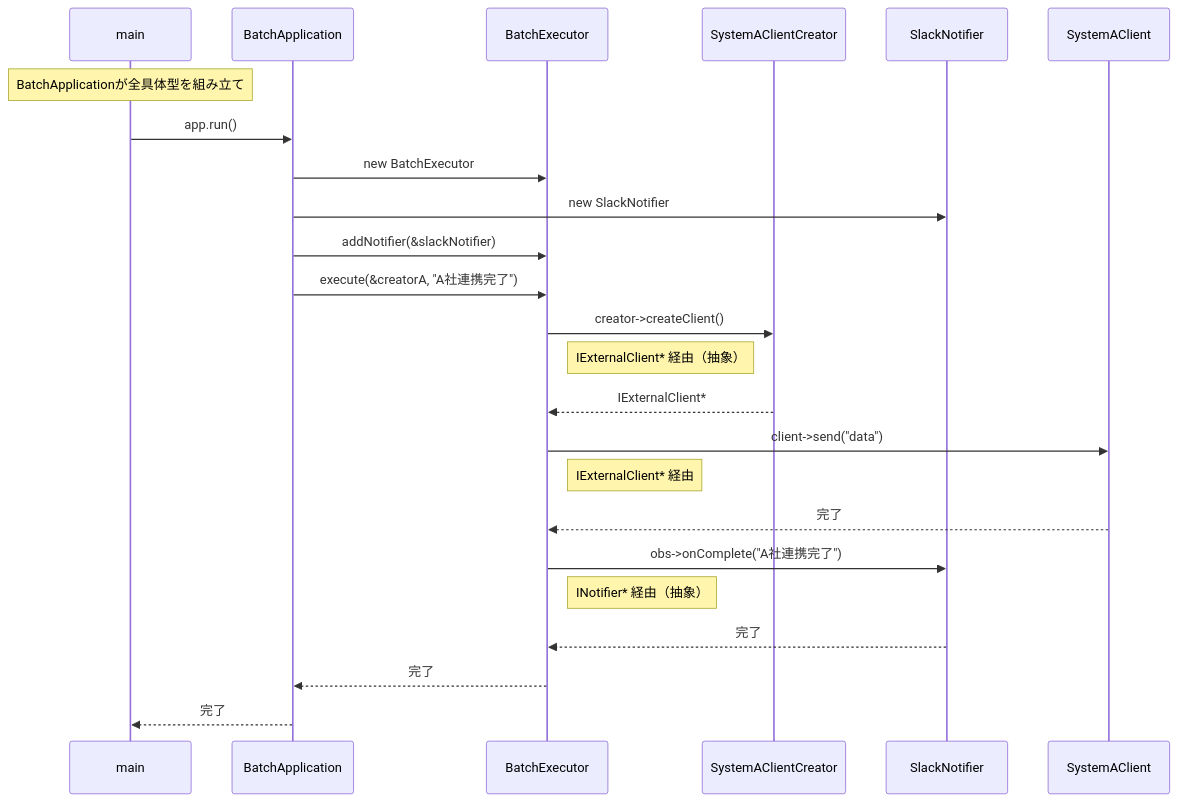
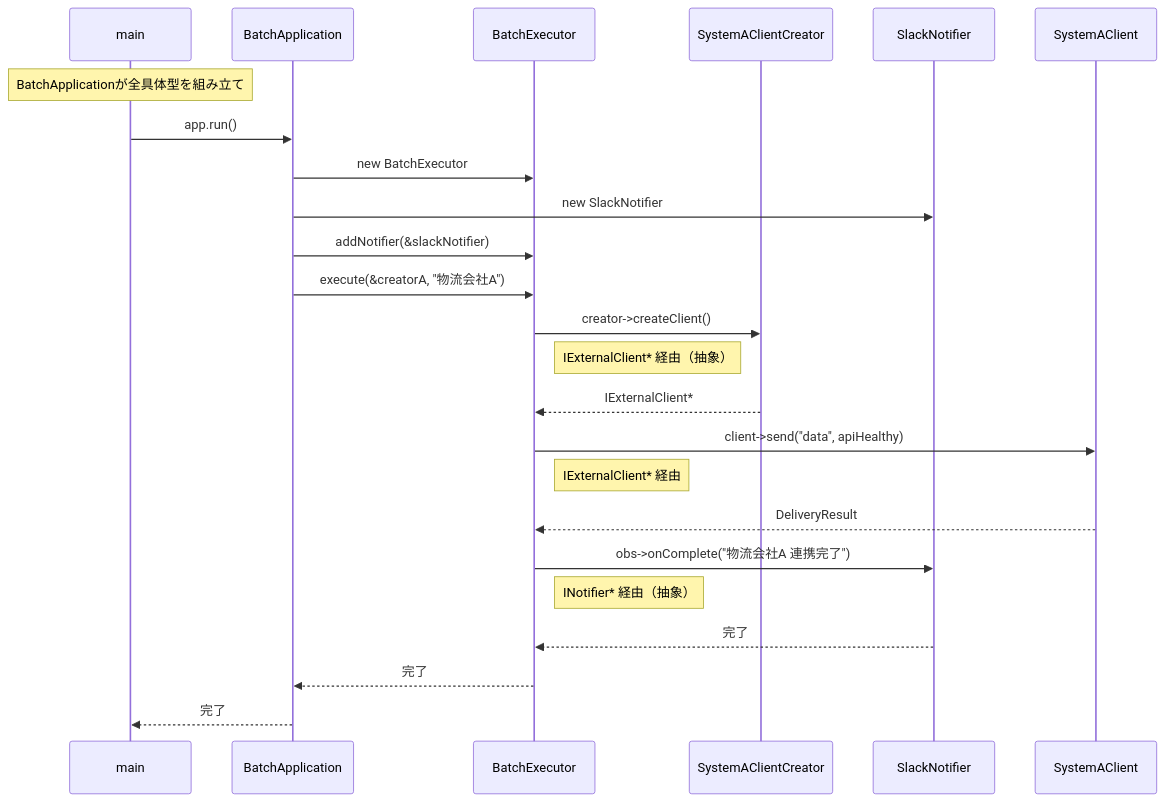
One commit to kumachan1101-pixel/DesignPattern changed the sixth of 8 diagrams in kindle/design-patterns/output/chapter10.md. Above: the diagram before and after it, drawn with Mermaid. The commit also changed other lines of this file, not shown here.

````diff
--- a/kindle/design-patterns/output/chapter10.md
+++ b/kindle/design-patterns/output/chapter10.md
@@ -1502,26 +1543,26 @@
 ```mermaid
 sequenceDiagram
     participant main
     participant BA as BatchApplication
     participant BE as BatchExecutor
     participant AC as SystemAClientCreator
     participant SN as SlackNotifier
     participant SA as SystemAClient
     Note over main: BatchApplicationが全具体型を組み立て
     main->>BA: app.run()
     BA->>BE: new BatchExecutor
     BA->>SN: new SlackNotifier
     BA->>BE: addNotifier(&slackNotifier)
-    BA->>BE: execute(&creatorA, "A社連携完了")
+    BA->>BE: execute(&creatorA, "物流会社A")
     BE->>AC: creator->createClient()
     Note right of BE: IExternalClient* 経由（抽象）
     AC-->>BE: IExternalClient*
-    BE->>SA: client->send("data")
+    BE->>SA: client->send("data", apiHealthy)
     Note right of BE: IExternalClient* 経由
-    SA-->>BE: 完了
-    BE->>SN: obs->onComplete("A社連携完了")
+    SA-->>BE: DeliveryResult
+    BE->>SN: obs->onComplete("物流会社A 連携完了")
     Note right of BE: INotifier* 経由（抽象）
     SN-->>BE: 完了
     BE-->>BA: 完了
     BA-->>main: 完了
 ```
````
